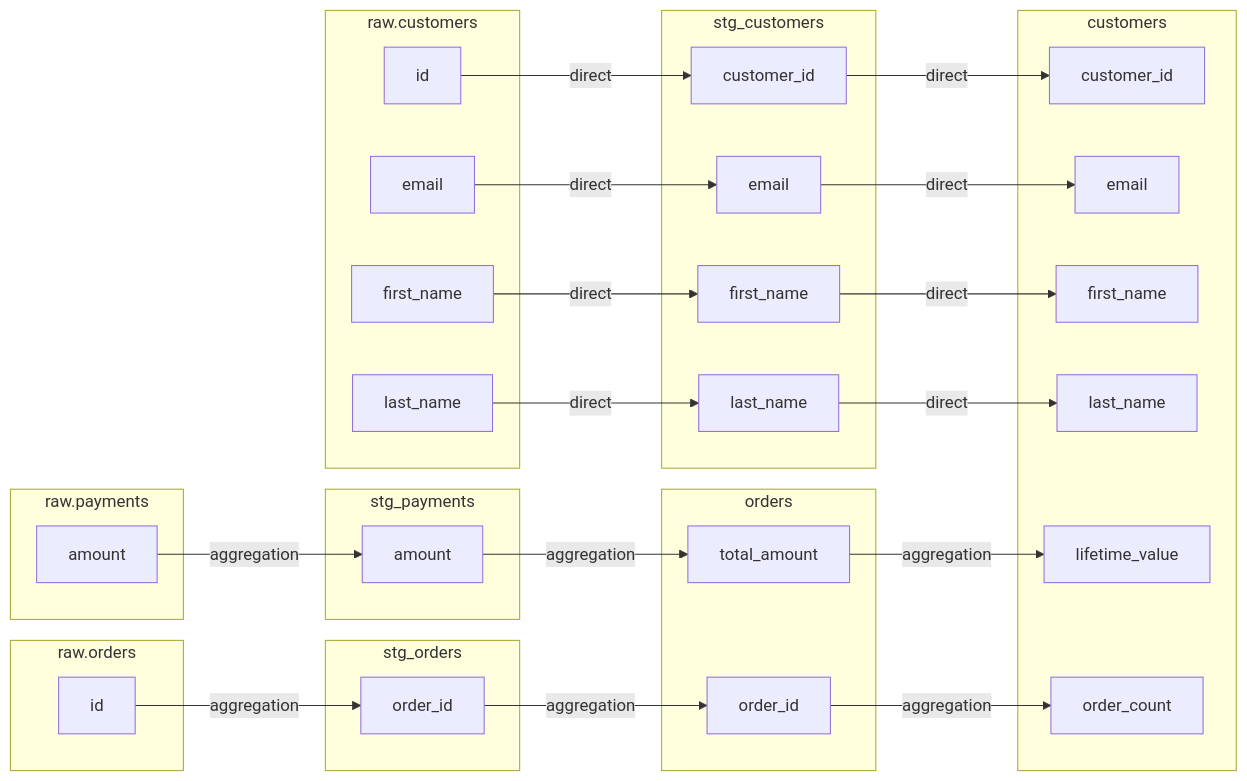
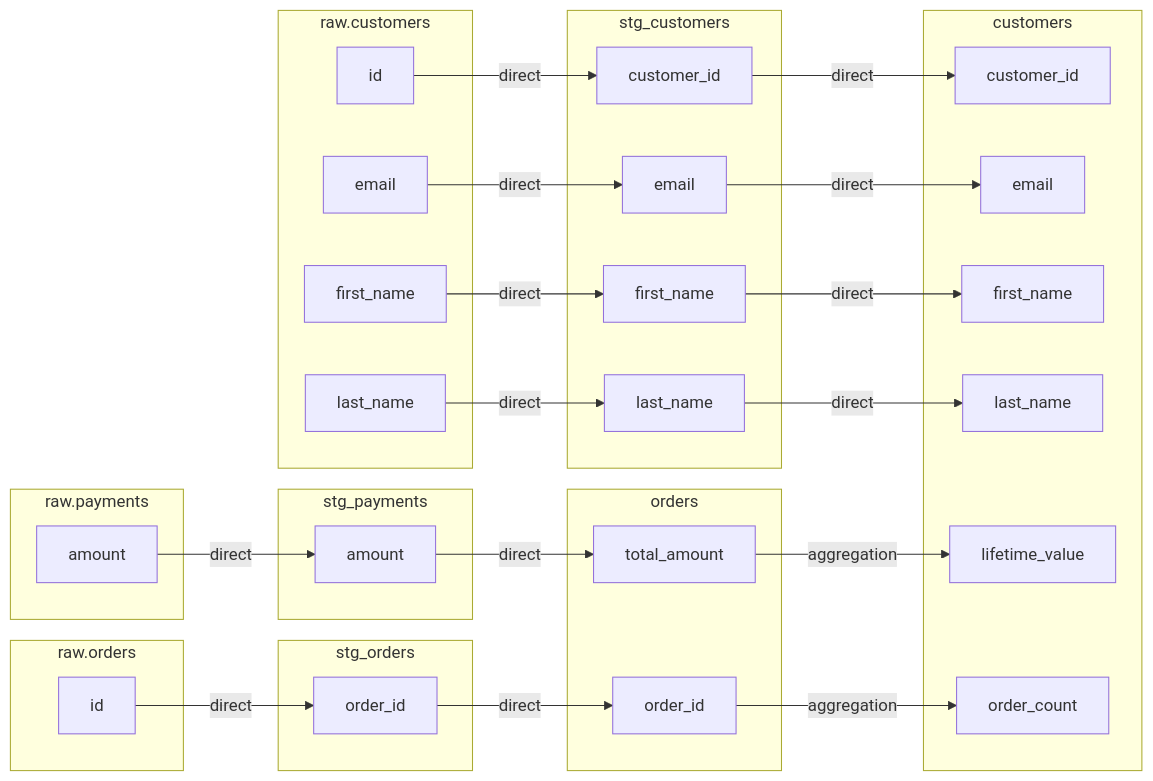
Before and after one commit to eitsupi/dlin: the fourth of 5 diagrams in README.md, drawn with Mermaid. The commit also changed other lines of this file and 4 other files, not shown here.

````diff
--- a/README.md
+++ b/README.md
@@ -269,54 +269,54 @@
 ```mermaid
 flowchart LR
   subgraph sg0["customers"]
     n0_0["customer_id"]
     n0_1["email"]
     n0_2["first_name"]
     n0_3["last_name"]
     n0_4["lifetime_value"]
     n0_5["order_count"]
   end
   subgraph sg1["orders"]
     n1_0["order_id"]
     n1_1["total_amount"]
   end
   subgraph sg2["raw.customers"]
     n2_0["email"]
     n2_1["first_name"]
     n2_2["id"]
     n2_3["last_name"]
   end
   subgraph sg3["raw.orders"]
     n3_0["id"]
   end
   subgraph sg4["raw.payments"]
     n4_0["amount"]
   end
   subgraph sg5["stg_customers"]
     n5_0["customer_id"]
     n5_1["email"]
     n5_2["first_name"]
     n5_3["last_name"]
   end
   subgraph sg6["stg_orders"]
     n6_0["order_id"]
   end
   subgraph sg7["stg_payments"]
     n7_0["amount"]
   end
 
   n2_2 -->|"direct"|n5_0
   n5_0 -->|"direct"|n0_0
   n2_0 -->|"direct"|n5_1
   n5_1 -->|"direct"|n0_1
   n2_1 -->|"direct"|n5_2
   n5_2 -->|"direct"|n0_2
   n2_3 -->|"direct"|n5_3
   n5_3 -->|"direct"|n0_3
-  n4_0 -->|"aggregation"|n7_0
-  n7_0 -->|"aggregation"|n1_1
+  n4_0 -->|"direct"|n7_0
+  n7_0 -->|"direct"|n1_1
   n1_1 -->|"aggregation"|n0_4
-  n3_0 -->|"aggregation"|n6_0
-  n6_0 -->|"aggregation"|n1_0
+  n3_0 -->|"direct"|n6_0
+  n6_0 -->|"direct"|n1_0
   n1_0 -->|"aggregation"|n0_5
 ```
````
